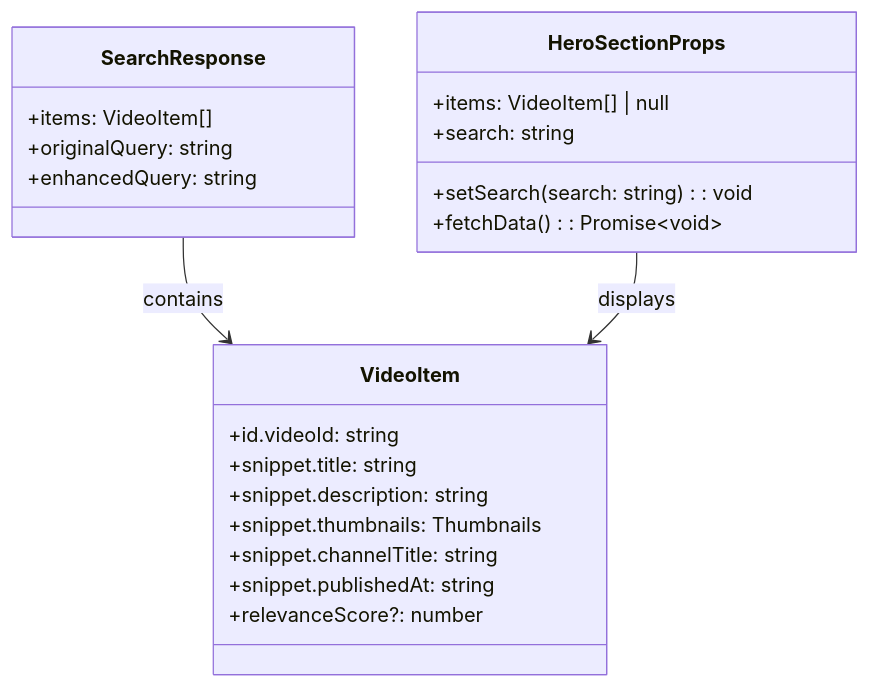
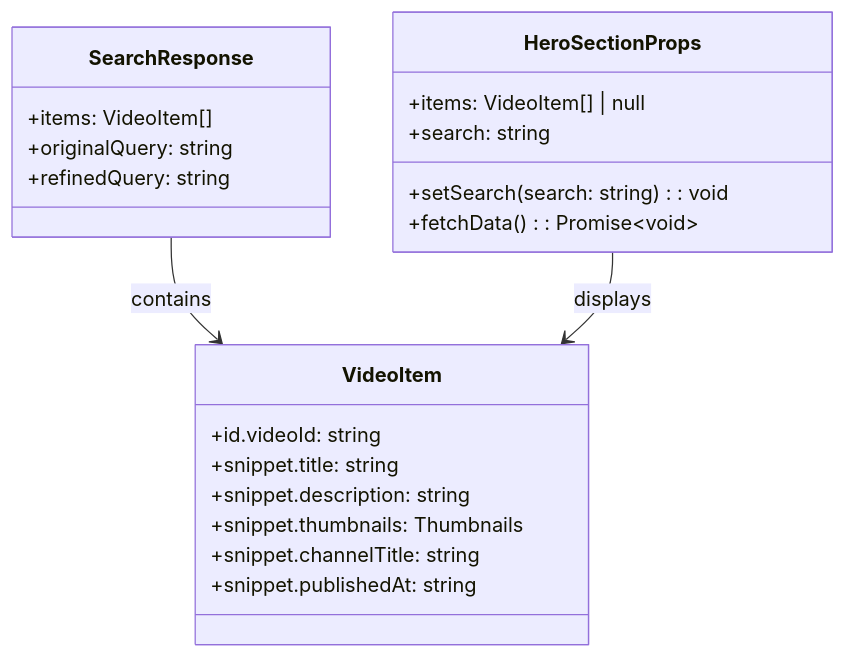
Before and after one commit to Gitnaseem745/ai-powered-youtube-search: the fifth of 5 diagrams in ARCHITECTURE.md, drawn with Mermaid. The commit also changed other lines of this file and 6 other files, not shown here.

````diff
--- a/ARCHITECTURE.md
+++ b/ARCHITECTURE.md
@@ -202,28 +154,27 @@
 ```mermaid
 classDiagram
     class VideoItem {
         +id.videoId: string
         +snippet.title: string
         +snippet.description: string
         +snippet.thumbnails: Thumbnails
         +snippet.channelTitle: string
         +snippet.publishedAt: string
-        +relevanceScore?: number
     }
 
     class SearchResponse {
         +items: VideoItem[]
         +originalQuery: string
-        +enhancedQuery: string
+        +refinedQuery: string
     }
 
     class HeroSectionProps {
         +items: VideoItem[] | null
         +search: string
         +setSearch(search: string): void
         +fetchData(): Promise~void~
     }
 
     SearchResponse --> VideoItem : contains
     HeroSectionProps --> VideoItem : displays
 ```
````
